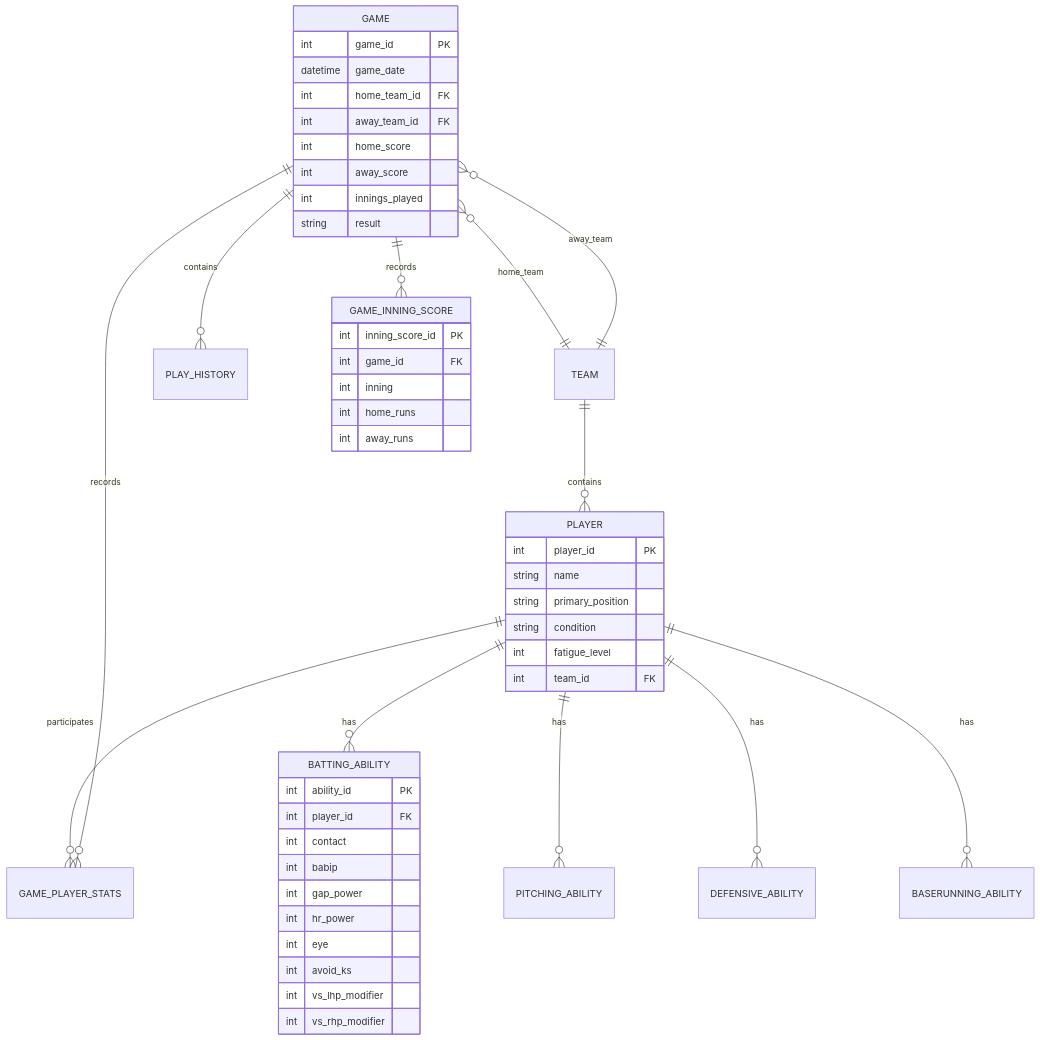
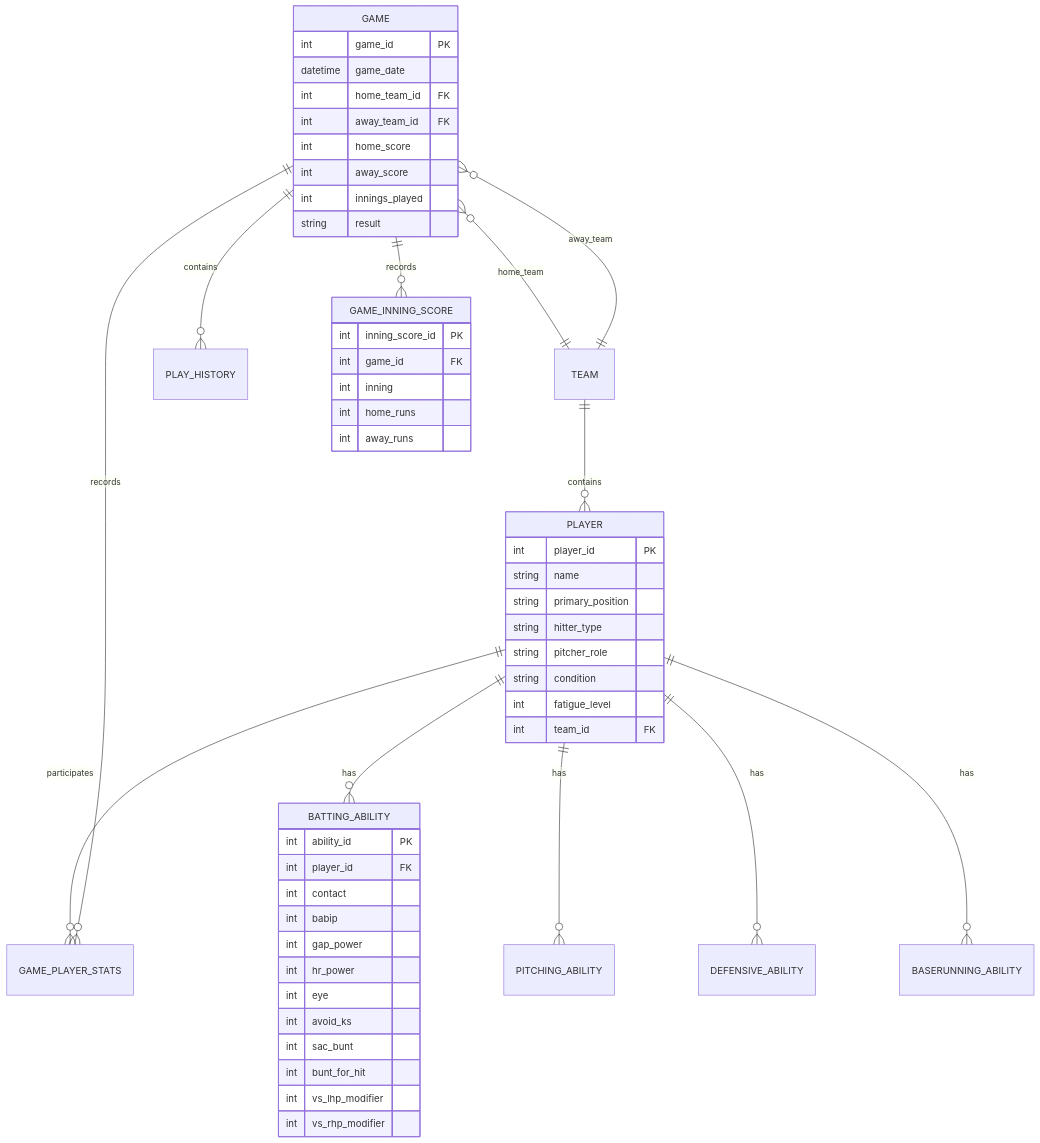
One commit to Sione/noraneko changed the fourth of 4 diagrams in .kiro/specs/text-based-baseball-manager/design.md. Above: the diagram before and after it, drawn with Mermaid. The commit also changed other lines of this file, not shown here.

````diff
--- a/.kiro/specs/text-based-baseball-manager/design.md
+++ b/.kiro/specs/text-based-baseball-manager/design.md
@@ -2104,57 +2162,61 @@
 ```mermaid
 erDiagram
     PLAYER ||--o{ BATTING_ABILITY : has
     PLAYER ||--o{ PITCHING_ABILITY : has
     PLAYER ||--o{ DEFENSIVE_ABILITY : has
     PLAYER ||--o{ BASERUNNING_ABILITY : has
     PLAYER ||--o{ GAME_PLAYER_STATS : participates
     
     TEAM ||--o{ PLAYER : contains
     
     GAME ||--o{ GAME_PLAYER_STATS : records
     GAME ||--o{ PLAY_HISTORY : contains
     GAME ||--o{ GAME_INNING_SCORE : records
     GAME }o--|| TEAM : home_team
     GAME }o--|| TEAM : away_team
     
     PLAYER {
         int player_id PK
         string name
         string primary_position
+        string hitter_type
+        string pitcher_role
         string condition
         int fatigue_level
         int team_id FK
     }
     
     BATTING_ABILITY {
         int ability_id PK
         int player_id FK
         int contact
         int babip
         int gap_power
         int hr_power
         int eye
         int avoid_ks
+        int sac_bunt
+        int bunt_for_hit
         int vs_lhp_modifier
         int vs_rhp_modifier
     }
     
     GAME {
         int game_id PK
         datetime game_date
         int home_team_id FK
         int away_team_id FK
         int home_score
         int away_score
         int innings_played
         string result
     }
 
     GAME_INNING_SCORE {
         int inning_score_id PK
         int game_id FK
         int inning
         int home_runs
         int away_runs
     }
 ```
````
